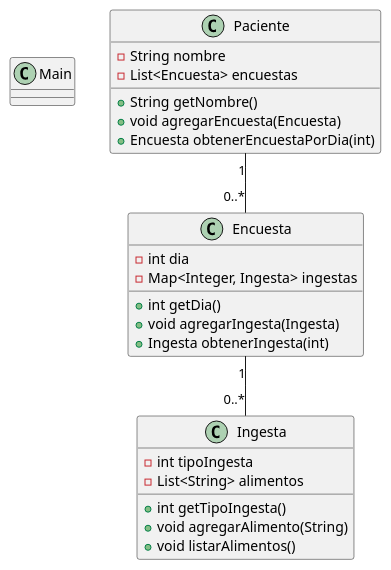
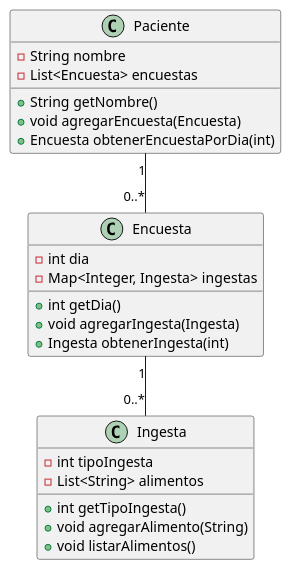
The diagram in entregas/joseSalceda/ExamenFinal/Esquema.puml (mmasias/23-24-eda1), drawn with PlantUML before and after one commit. The commit also changed 2 other files, not shown here.

```diff
--- a/entregas/joseSalceda/ExamenFinal/Esquema.puml
+++ b/entregas/joseSalceda/ExamenFinal/Esquema.puml
@@ -1,33 +1,30 @@
 @startuml Esquema
-
-class Main {
-}
 
 class Paciente {
     - String nombre
     - List<Encuesta> encuestas
     + String getNombre()
     + void agregarEncuesta(Encuesta)
     + Encuesta obtenerEncuestaPorDia(int)
 }
 
 class Encuesta {
     - int dia
     - Map<Integer, Ingesta> ingestas
     + int getDia()
     + void agregarIngesta(Ingesta)
     + Ingesta obtenerIngesta(int)
 }
 
 class Ingesta {
     - int tipoIngesta
     - List<String> alimentos
     + int getTipoIngesta()
     + void agregarAlimento(String)
     + void listarAlimentos()
 }
 
 Paciente "1" -- "0..*" Encuesta
 Encuesta "1" -- "0..*" Ingesta
 
 @enduml
```
